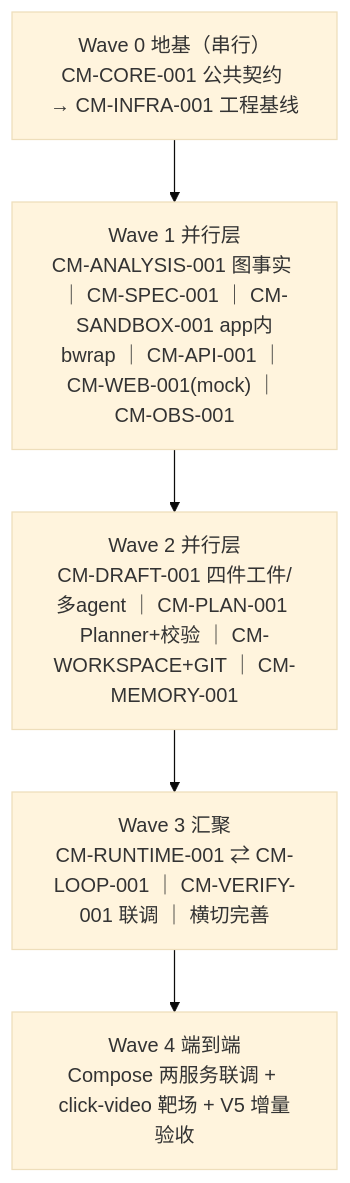
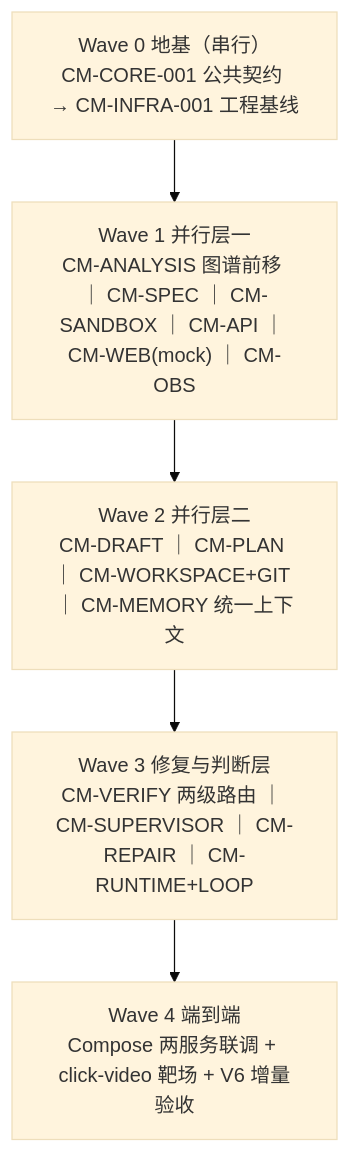
One commit to LT0X/CodeMigrator changed the fourth of 4 diagrams in my_space/codemigrator_dev_progress/CodeMigrator开发任务规划与进度跟踪.md. Above: the diagram before and after it, drawn with Mermaid (base theme). The commit also changed other lines of this file and 37 other files, not shown here.

````diff
--- a/my_space/codemigrator_dev_progress/CodeMigrator开发任务规划与进度跟踪.md
+++ b/my_space/codemigrator_dev_progress/CodeMigrator开发任务规划与进度跟踪.md
@@ -323,10 +336,10 @@
 ```mermaid
 flowchart TD
     W0["Wave 0 地基（串行）<br/>CM-CORE-001 公共契约 → CM-INFRA-001 工程基线"]
-    W1["Wave 1 并行层<br/>CM-ANALYSIS-001 图事实 ｜ CM-SPEC-001 ｜ CM-SANDBOX-001 app内bwrap ｜ CM-API-001 ｜ CM-WEB-001(mock) ｜ CM-OBS-001"]
-    W2["Wave 2 并行层<br/>CM-DRAFT-001 四件工件/多agent ｜ CM-PLAN-001 Planner+校验 ｜ CM-WORKSPACE+GIT ｜ CM-MEMORY-001"]
-    W3["Wave 3 汇聚<br/>CM-RUNTIME-001 ⇄ CM-LOOP-001 ｜ CM-VERIFY-001 联调 ｜ 横切完善"]
-    W4["Wave 4 端到端<br/>Compose 两服务联调 + click-video 靶场 + V5 增量验收"]
+    W1["Wave 1 并行层一<br/>CM-ANALYSIS 图谱前移 ｜ CM-SPEC ｜ CM-SANDBOX ｜ CM-API ｜ CM-WEB(mock) ｜ CM-OBS"]
+    W2["Wave 2 并行层二<br/>CM-DRAFT ｜ CM-PLAN ｜ CM-WORKSPACE+GIT ｜ CM-MEMORY 统一上下文"]
+    W3["Wave 3 修复与判断层<br/>CM-VERIFY 两级路由 ｜ CM-SUPERVISOR ｜ CM-REPAIR ｜ CM-RUNTIME+LOOP"]
+    W4["Wave 4 端到端<br/>Compose 两服务联调 + click-video 靶场 + V6 增量验收"]
 
     W0 --> W1 --> W2 --> W3 --> W4
 ```
````
